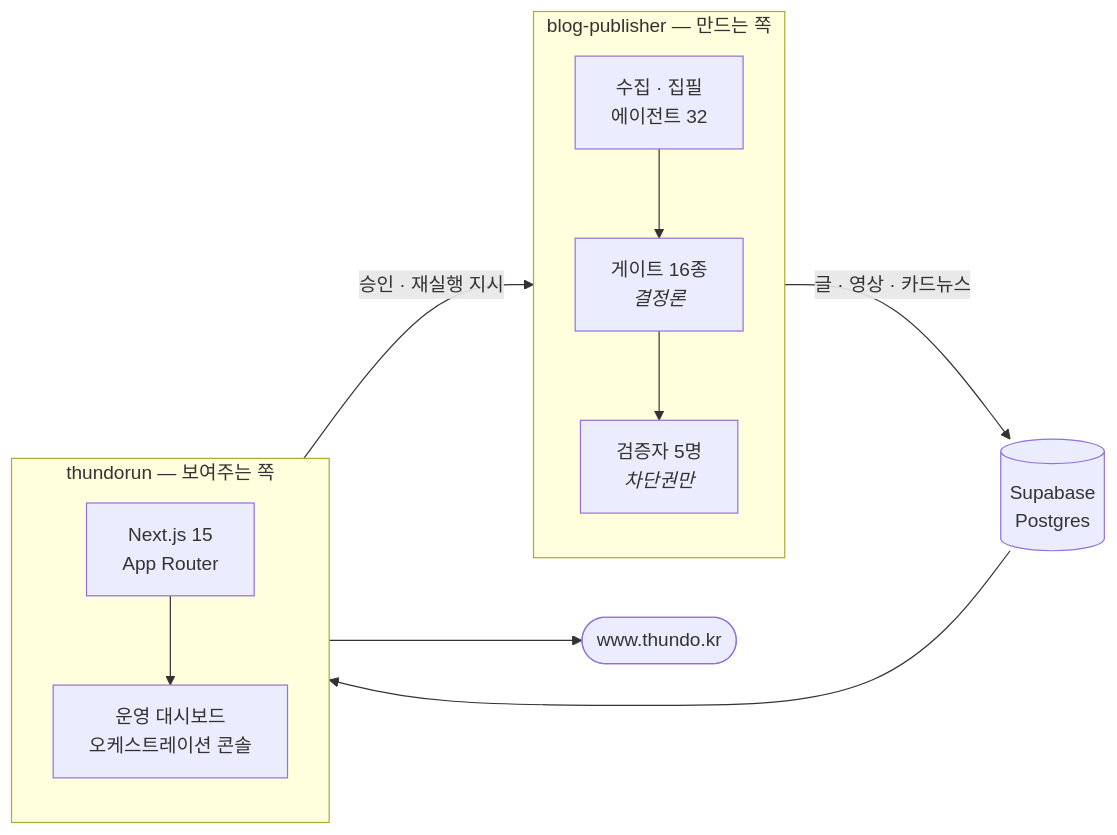
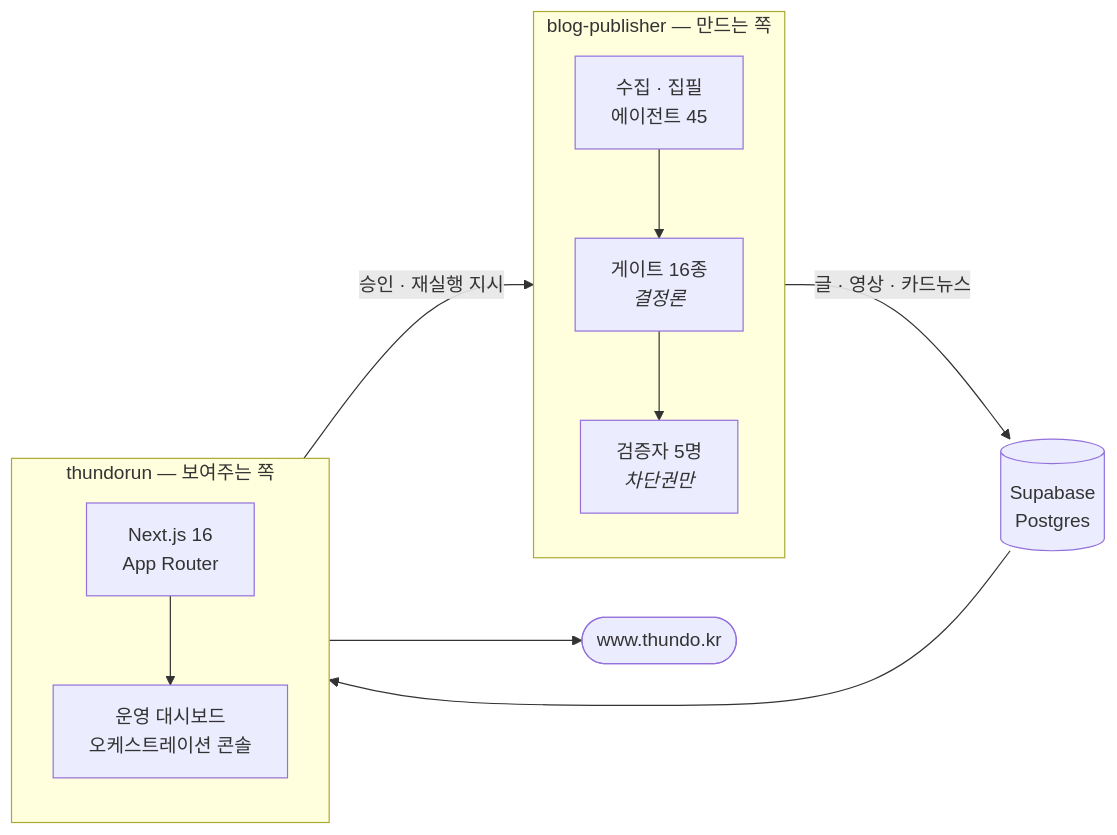
Before and after one commit to yoonsundo/thundo-agent-public: the first of 4 diagrams in README.md, drawn with Mermaid. The commit also changed other lines of this file and 245 other files, not shown here.

````diff
--- a/README.md
+++ b/README.md
@@ -32,15 +32,15 @@
 ```mermaid
 flowchart LR
     subgraph MAKE["blog-publisher — 만드는 쪽"]
         direction TB
-        A1["수집 · 집필<br/>에이전트 32"] --> A2["게이트 16종<br/><i>결정론</i>"] --> A3["검증자 5명<br/><i>차단권만</i>"]
+        A1["수집 · 집필<br/>에이전트 45"] --> A2["게이트 16종<br/><i>결정론</i>"] --> A3["검증자 5명<br/><i>차단권만</i>"]
     end
     subgraph SHOW["thundorun — 보여주는 쪽"]
         direction TB
-        B1["Next.js 15<br/>App Router"] --> B2["운영 대시보드<br/>오케스트레이션 콘솔"]
+        B1["Next.js 16<br/>App Router"] --> B2["운영 대시보드<br/>오케스트레이션 콘솔"]
     end
     MAKE -->|"글 · 영상 · 카드뉴스"| DB[("Supabase<br/>Postgres")]
     DB --> SHOW
     SHOW -->|"승인 · 재실행 지시"| MAKE
     SHOW --> WEB(["www.thundo.kr"])
 ```
````
